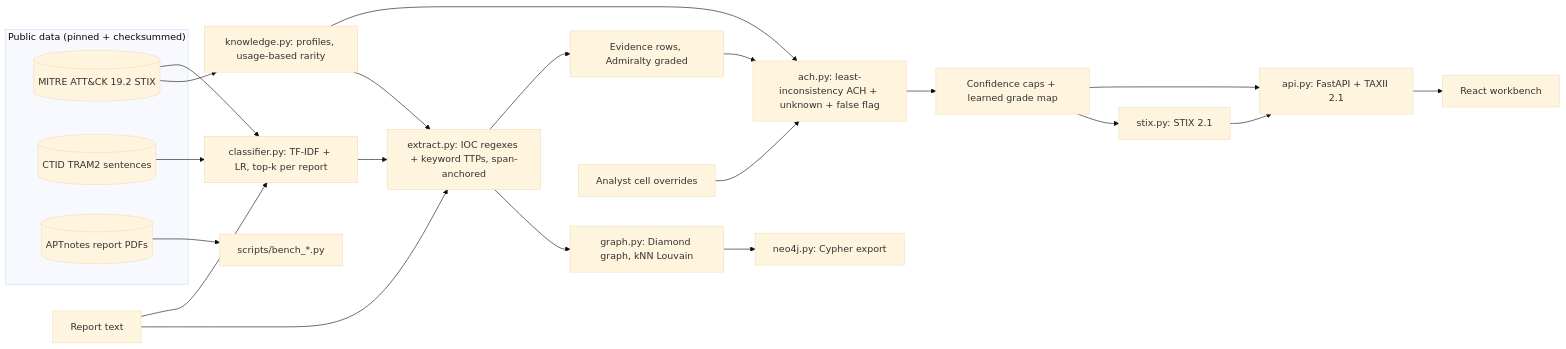
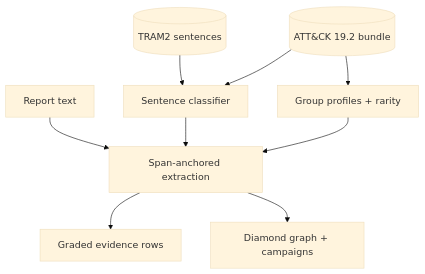
One commit to rakshit-737/occam changed the first of 2 diagrams in docs/architecture.md. Above: the diagram before and after it, drawn with Mermaid (base theme). The commit also changed other lines of this file and 12 other files, not shown here.

First line of the commit message:
docs: contribution and research answer up front, Try it in 60 seconds, workbench screenshot; How it works, Evaluation and Reproduce pages; readable two-part architecture diagrams

````diff
--- a/docs/architecture.md
+++ b/docs/architecture.md
@@ -3,27 +8,11 @@
 ```mermaid
-flowchart LR
-  subgraph Data["Public data (pinned + checksummed)"]
-    ATT[("MITRE ATT&CK 19.2 STIX")]
-    TRAM[("CTID TRAM2 sentences")]
-    APT[("APTnotes report PDFs")]
-  end
-  R["Report text"] --> EX["extract.py: IOC regexes + keyword TTPs, span-anchored"]
-  R --> CLF["classifier.py: TF-IDF + LR, top-k per report"]
-  ATT --> KN["knowledge.py: profiles, usage-based rarity"]
+flowchart TB
+  ATT[("ATT&CK 19.2 bundle")] --> KN["Group profiles + rarity"]
+  TRAM[("TRAM2 sentences")] --> CLF["Sentence classifier"]
   ATT --> CLF
-  TRAM --> CLF
+  R["Report text"] --> EX["Span-anchored extraction"]
+  CLF --> EX
   KN --> EX
-  CLF --> EX
-  EX --> G["graph.py: Diamond graph, kNN Louvain"]
-  G --> NEO["neo4j.py: Cypher export"]
-  EX --> EV["Evidence rows, Admiralty graded"]
-  KN --> ACH
-  EV --> ACH["ach.py: least-inconsistency ACH + unknown + false flag"]
-  AN["Analyst cell overrides"] --> ACH
-  ACH --> CONF["Confidence caps + learned grade map"]
-  CONF --> STIX["stix.py: STIX 2.1"]
-  STIX --> API["api.py: FastAPI + TAXII 2.1"]
-  CONF --> API
-  API --> UI["React workbench"]
-  APT --> BENCH["scripts/bench_*.py"]
+  EX --> EV["Graded evidence rows"]
+  EX --> G["Diamond graph + campaigns"]
 ```
````
